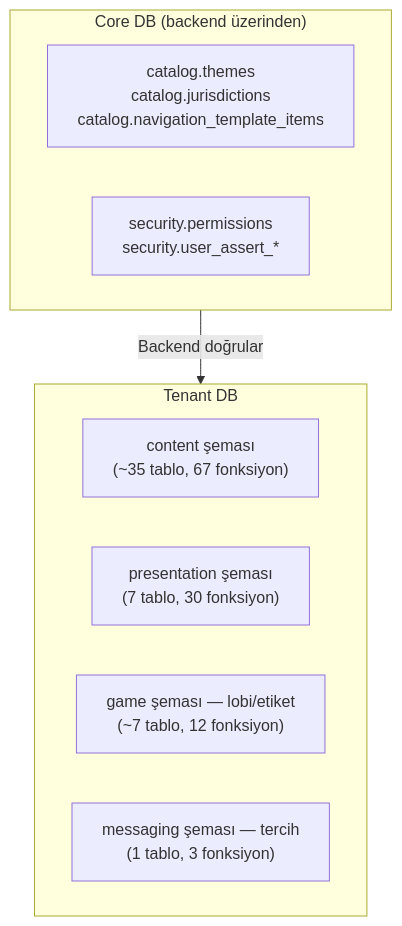
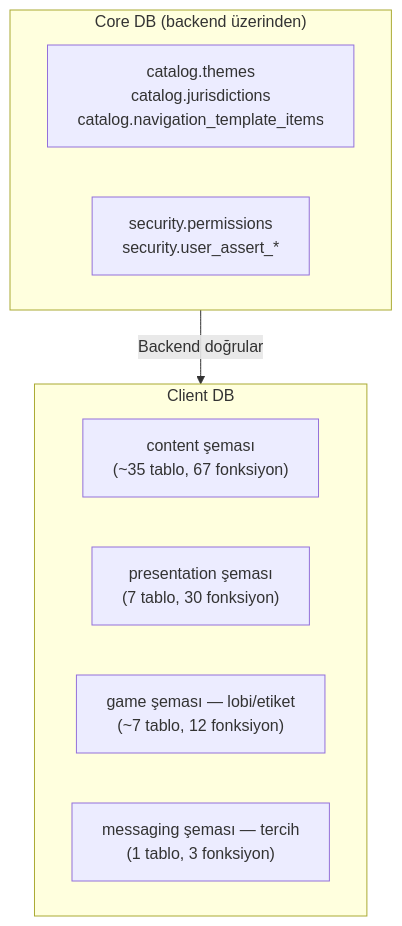
The first of 2 diagrams in .docs/guides/SPEC_SITE_MANAGEMENT.md (frhtshn/One.DB), drawn with Mermaid before and after one commit. The commit also changed other lines of this file and 442 other files, not shown here.

First line of the commit message:
Nucleo → Sortis One ve tenant → client içerik güncellemeleri

````diff
--- a/.docs/guides/SPEC_SITE_MANAGEMENT.md
+++ b/.docs/guides/SPEC_SITE_MANAGEMENT.md
@@ -48,16 +48,16 @@
 ```mermaid
 flowchart TD
-    subgraph TENANT["Tenant DB"]
+    subgraph CLIENT["Client DB"]
         CONTENT["content şeması<br/>(~35 tablo, 67 fonksiyon)"]
         PRES["presentation şeması<br/>(7 tablo, 30 fonksiyon)"]
         GAME["game şeması — lobi/etiket<br/>(~7 tablo, 12 fonksiyon)"]
         MSG["messaging şeması — tercih<br/>(1 tablo, 3 fonksiyon)"]
     end
 
     subgraph CORE["Core DB (backend üzerinden)"]
         CAT["catalog.themes<br/>catalog.jurisdictions<br/>catalog.navigation_template_items"]
         SEC["security.permissions<br/>security.user_assert_*"]
     end
 
-    CORE -->|"Backend doğrular"| TENANT
+    CORE -->|"Backend doğrular"| CLIENT
 ```
````
